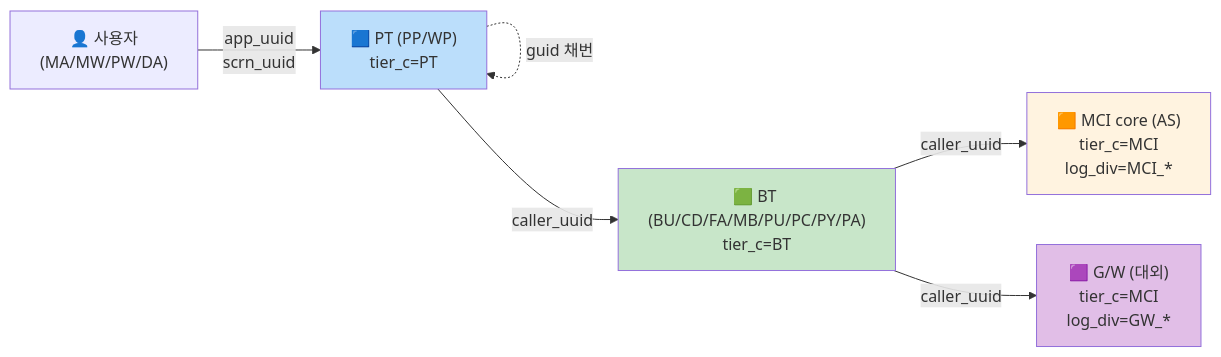
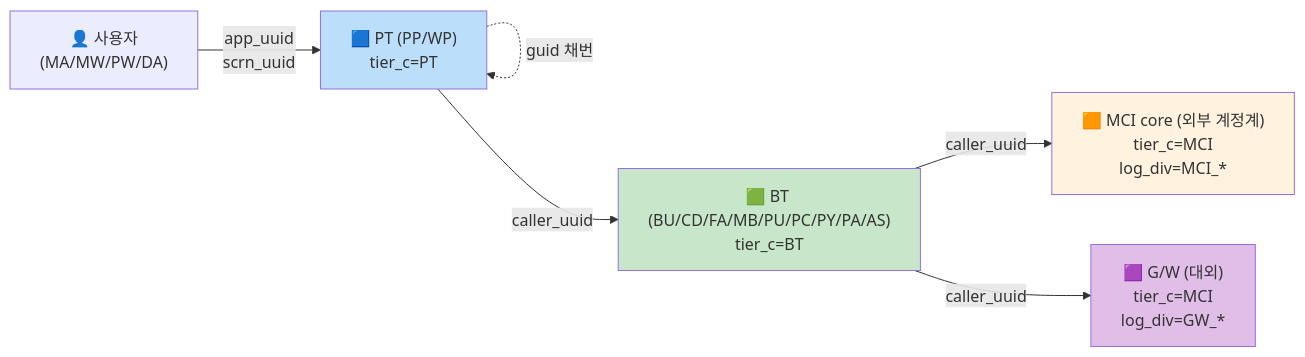
Before and after one commit to corollazer0/elk-learning: the fourth of 10 diagrams in docs/09-monitoring-strategy.md, drawn with Mermaid. The commit also changed other lines of this file and 2 other files, not shown here.

Commit message:
docs: AS(ACS)를 MCI에서 BT 계층으로 정정 — 11 MSA = BT 9 + PT 2
- BT 9개: BU/CD/FA/MB/PU/PC/PY/PA/AS (AS=결제 코어)
- PT 2개: PP/WP
- MCI 계층은 외부 계정계 / 대외 G/W 만 (사내 MSA 아님)
- 09 본문 mermaid + 환경 진단 표 정정
- 09a 11 MSA 매핑 표 + Inter-Service mermaid 정정 + 정정 안내 박스
- 99-tier-tracing 종합 다이어그램 + 결제 sequence (BT_PY → BT_AS → MCI)
- D-Tier1 매트릭스 BT 행에 AS 추가, MCI 행에서 AS 제거
- 5.5 G/W vs MCI 표에서 ACS 제거 (BT 로 이동했음을 명시)

````diff
--- a/docs/09-monitoring-strategy.md
+++ b/docs/09-monitoring-strategy.md
@@ -135,19 +135,19 @@
 ```mermaid
 flowchart LR
     User["👤 사용자<br/>(MA/MW/PW/DA)"]
     PT["🟦 PT (PP/WP)<br/>tier_c=PT"]
-    BT["🟩 BT (BU/CD/FA/MB/PU/PC/PY/PA)<br/>tier_c=BT"]
-    MCI["🟧 MCI core (AS)<br/>tier_c=MCI<br/>log_div=MCI_*"]
+    BT["🟩 BT (BU/CD/FA/MB/PU/PC/PY/PA/AS)<br/>tier_c=BT"]
+    MCI["🟧 MCI core (외부 계정계)<br/>tier_c=MCI<br/>log_div=MCI_*"]
     GW["🟪 G/W (대외)<br/>tier_c=MCI<br/>log_div=GW_*"]
 
     User -->|"app_uuid<br/>scrn_uuid"| PT
     PT -.guid 채번.-> PT
     PT -->|"caller_uuid"| BT
     BT -->|"caller_uuid"| MCI
     BT -->|"caller_uuid"| GW
 
     style PT fill:#bbdefb
     style BT fill:#c8e6c9
     style MCI fill:#fff3e0
     style GW fill:#e1bee7
 ```
````
